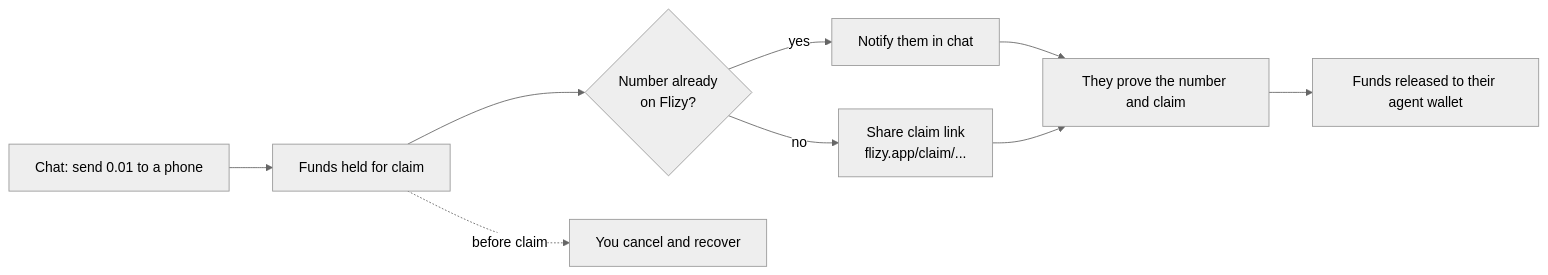
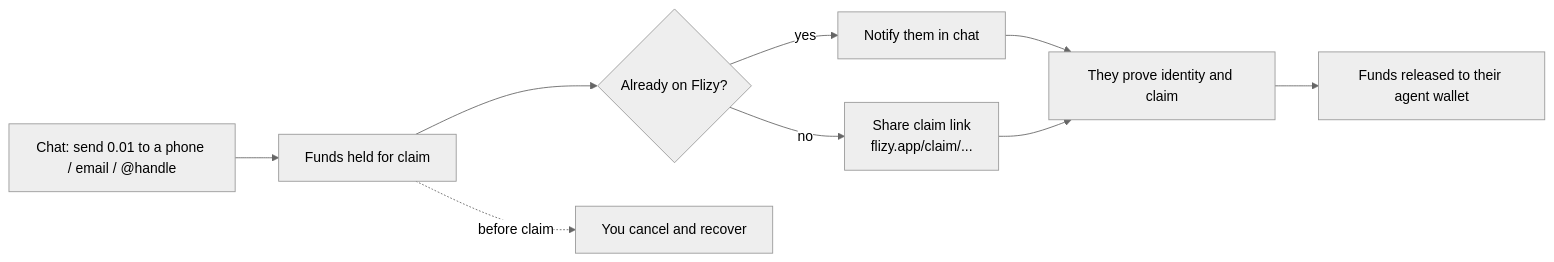
The third of 5 diagrams in README.md (rudazy/flizy), drawn with Mermaid (neutral theme) before and after one commit. The commit also changed other lines of this file and 21 other files, not shown here.

````diff
--- a/README.md
+++ b/README.md
@@ -197,11 +204,11 @@
 ```mermaid
 flowchart LR
-  A["Chat: send 0.01 to a phone"] --> B["Funds held for claim"]
-  B --> C{"Number already<br/>on Flizy?"}
+  A["Chat: send 0.01 to a phone / email / @handle"] --> B["Funds held for claim"]
+  B --> C{"Already on Flizy?"}
   C -->|yes| D["Notify them in chat"]
   C -->|no| E["Share claim link<br/>flizy.app/claim/..."]
-  D --> F["They prove the number and claim"]
+  D --> F["They prove identity and claim"]
   E --> F
   F --> G["Funds released to their agent wallet"]
   B -.->|before claim| H["You cancel and recover"]
 ```
````
